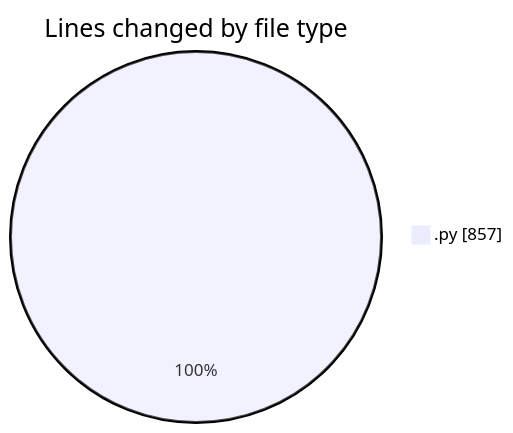
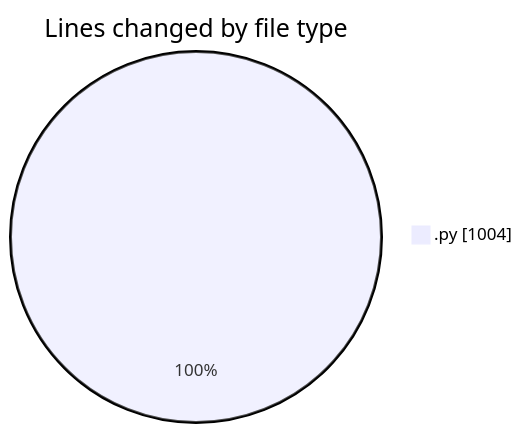
The first of 2 diagrams in 2025-11-15/untitled__workspace_/README.md (MatusMokan/code-tracking), drawn with Mermaid before and after one commit. The commit also changed other lines of this file and 1 other file, not shown here.

````diff
--- a/2025-11-15/untitled__workspace_/README.md
+++ b/2025-11-15/untitled__workspace_/README.md
@@ -21,5 +21,5 @@
 ```mermaid
 pie showData
 title Lines changed by file type
-".py" : 857
+".py" : 1004
 ```
````
